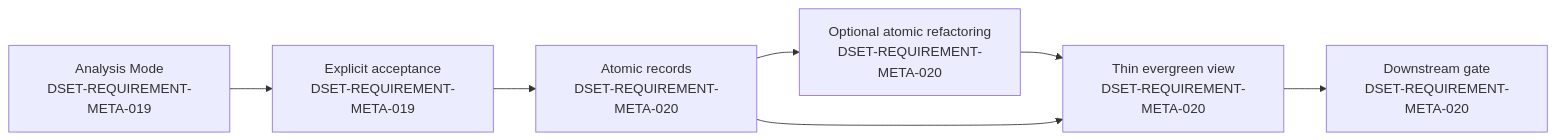
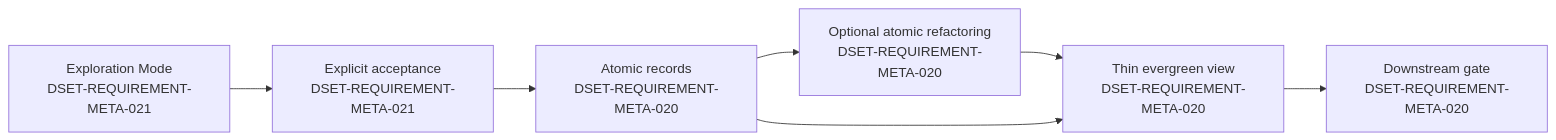
Before and after one commit to anatoly-m-maslennikov/dset-specs-loops-framework: the second of 2 diagrams in 11_layer_meta/040_dset-meta-specification-methodology.md, drawn with Mermaid. The commit also changed other lines of this file and 3 other files, not shown here.

First line of the commit message:
refactor(meta): adopt exploration mode

````diff
--- a/11_layer_meta/040_dset-meta-specification-methodology.md
+++ b/11_layer_meta/040_dset-meta-specification-methodology.md
@@ -253,16 +254,16 @@
 ```mermaid
 flowchart LR
-    ANALYSIS["Analysis Mode<br/>DSET-REQUIREMENT-META-019"]
-    ACCEPT["Explicit acceptance<br/>DSET-REQUIREMENT-META-019"]
+    EXPLORE["Exploration Mode<br/>DSET-REQUIREMENT-META-021"]
+    ACCEPT["Explicit acceptance<br/>DSET-REQUIREMENT-META-021"]
     ATOMS["Atomic records<br/>DSET-REQUIREMENT-META-020"]
     REFACTOR["Optional atomic refactoring<br/>DSET-REQUIREMENT-META-020"]
     VIEW["Thin evergreen view<br/>DSET-REQUIREMENT-META-020"]
     GATE["Downstream gate<br/>DSET-REQUIREMENT-META-020"]
 
-    ANALYSIS --> ACCEPT
+    EXPLORE --> ACCEPT
     ACCEPT --> ATOMS
     ATOMS --> REFACTOR
     REFACTOR --> VIEW
     ATOMS --> VIEW
     VIEW --> GATE
 ```
````
